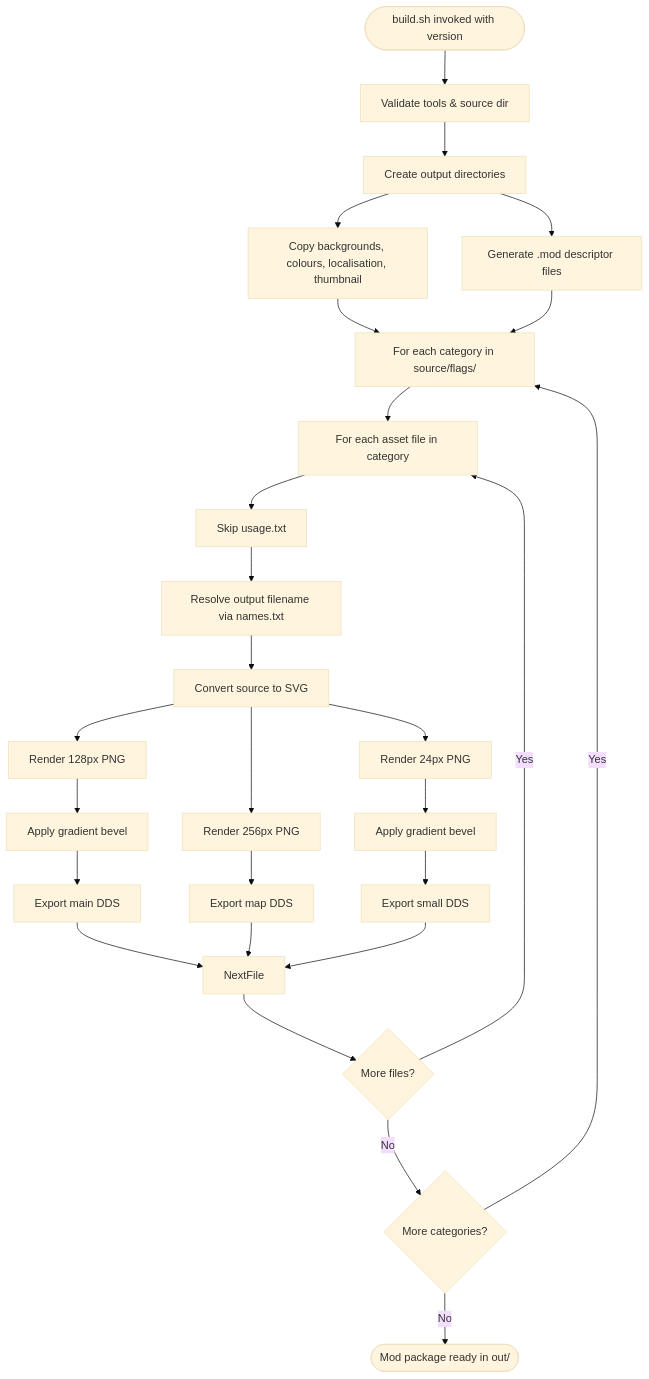
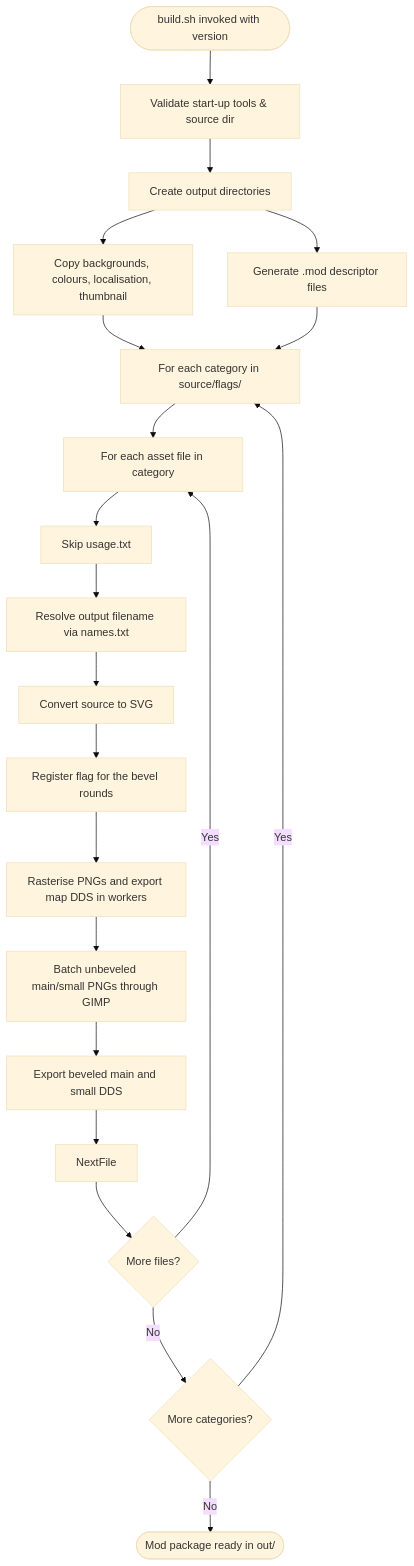
One commit to hmlendea/stellaris-ui-flags changed the third of 5 diagrams in ARCHITECTURE.md. Above: the diagram before and after it, drawn with Mermaid (base theme). The commit also changed other lines of this file and 31 other files, not shown here.

````diff
--- a/ARCHITECTURE.md
+++ b/ARCHITECTURE.md
@@ -103,29 +109,23 @@
 ```mermaid
 flowchart TD
-    Start([build.sh invoked with version]) --> Validate[Validate tools & source dir]
+    Start([build.sh invoked with version]) --> Validate[Validate start-up tools & source dir]
     Validate --> Prepare[Create output directories]
     Prepare --> CopyStatic[Copy backgrounds, colours, localisation, thumbnail]
     Prepare --> GenDescriptor[Generate .mod descriptor files]
     CopyStatic --> LoopCategories[For each category in source/flags/]
     GenDescriptor --> LoopCategories
     LoopCategories --> LoopFiles[For each asset file in category]
     LoopFiles --> SkipUsage[Skip usage.txt]
     SkipUsage --> ResolveName[Resolve output filename via names.txt]
     ResolveName --> ConvertToSVG[Convert source to SVG]
-    ConvertToSVG --> RenderMain[Render 128px PNG]
-    RenderMain --> ApplyBevelMain[Apply gradient bevel]
-    ApplyBevelMain --> ExportMain[Export main DDS]
-    ConvertToSVG --> RenderMap[Render 256px PNG]
-    RenderMap --> ExportMap[Export map DDS]
-    ConvertToSVG --> RenderSmall[Render 24px PNG]
-    RenderSmall --> ApplyBevelSmall[Apply gradient bevel]
-    ApplyBevelSmall --> ExportSmall[Export small DDS]
-    ExportMain --> NextFile
-    ExportMap --> NextFile
-    ExportSmall --> NextFile
+    ConvertToSVG --> Register[Register flag for the bevel rounds]
+    Register --> Workers[Rasterise PNGs and export map DDS in workers]
+    Workers --> BevelRounds[Batch unbeveled main/small PNGs through GIMP]
+    BevelRounds --> ExportBeveled[Export beveled main and small DDS]
+    ExportBeveled --> NextFile
     NextFile --> MoreFiles{More files?}
     MoreFiles -->|Yes| LoopFiles
     MoreFiles -->|No| MoreCategories{More categories?}
     MoreCategories -->|Yes| LoopCategories
     MoreCategories -->|No| Complete([Mod package ready in out/])
 ```
````
